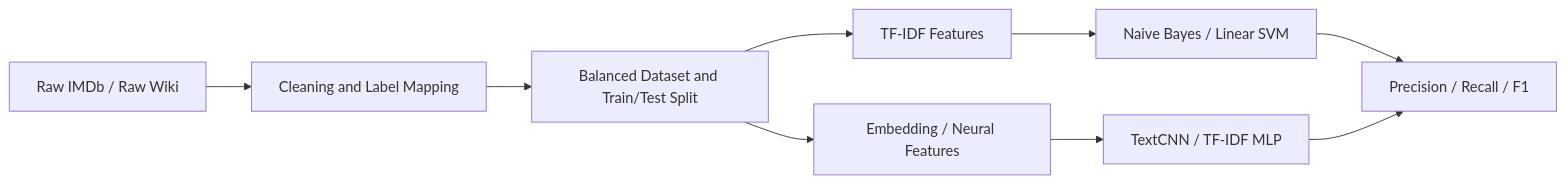
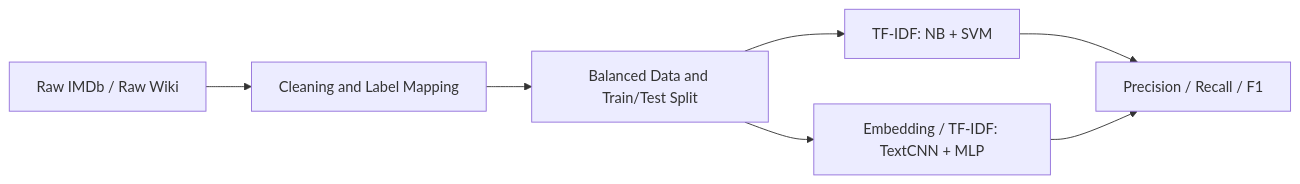
The diagram in docs/main_ZH.md (Shelter995/DTS406_CW1), drawn with Mermaid before and after one commit. The commit also changed other lines of this file, not shown here.

````diff
--- a/docs/main_ZH.md
+++ b/docs/main_ZH.md
@@ -103,11 +87,9 @@
 ```mermaid
 flowchart LR
     A[Raw IMDb / Raw Wiki] --> B[Cleaning and Label Mapping]
-    B --> C[Balanced Dataset and Train/Test Split]
-    C --> D[TF-IDF Features]
-    C --> E[Embedding / Neural Features]
-    D --> F[Naive Bayes / Linear SVM]
-    E --> G[TextCNN / TF-IDF MLP]
-    F --> H[Precision / Recall / F1]
-    G --> H
+    B --> C[Balanced Data and Train/Test Split]
+    C --> D[TF-IDF: NB + SVM]
+    C --> E[Embedding / TF-IDF: TextCNN + MLP]
+    D --> F[Precision / Recall / F1]
+    E --> F
 ```
````
